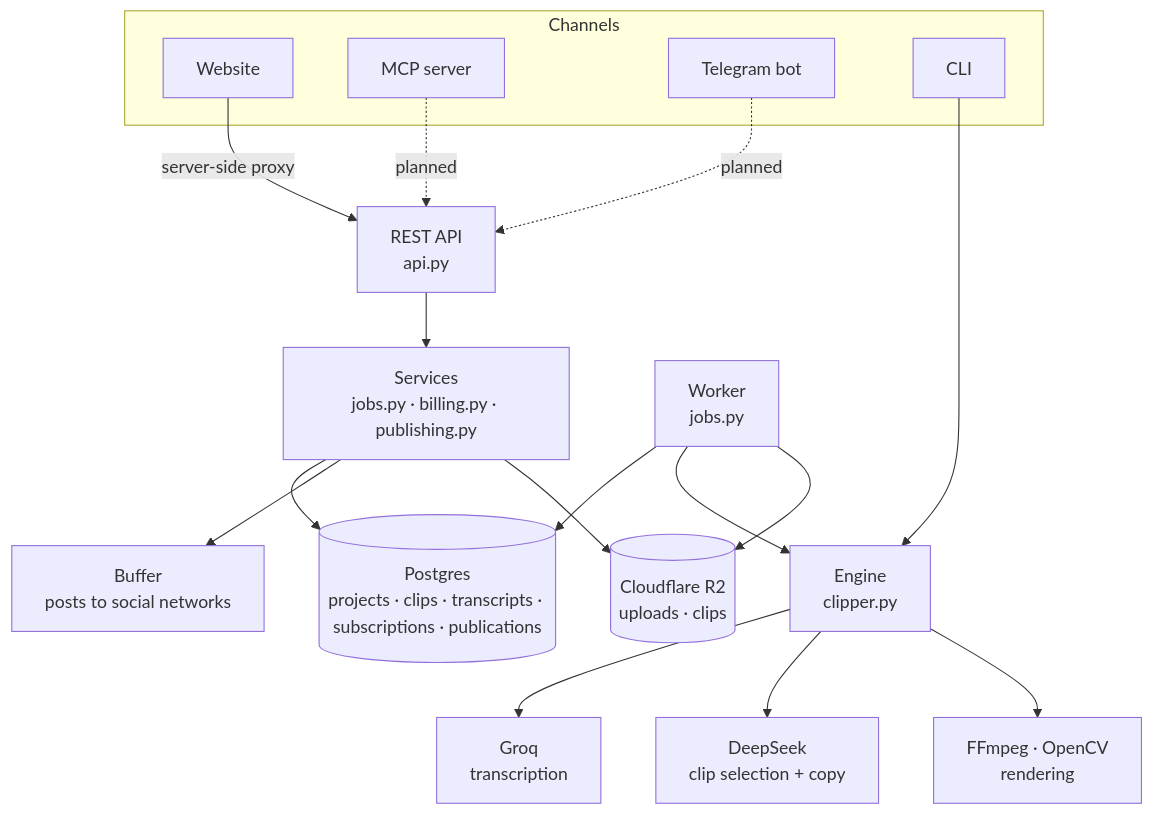
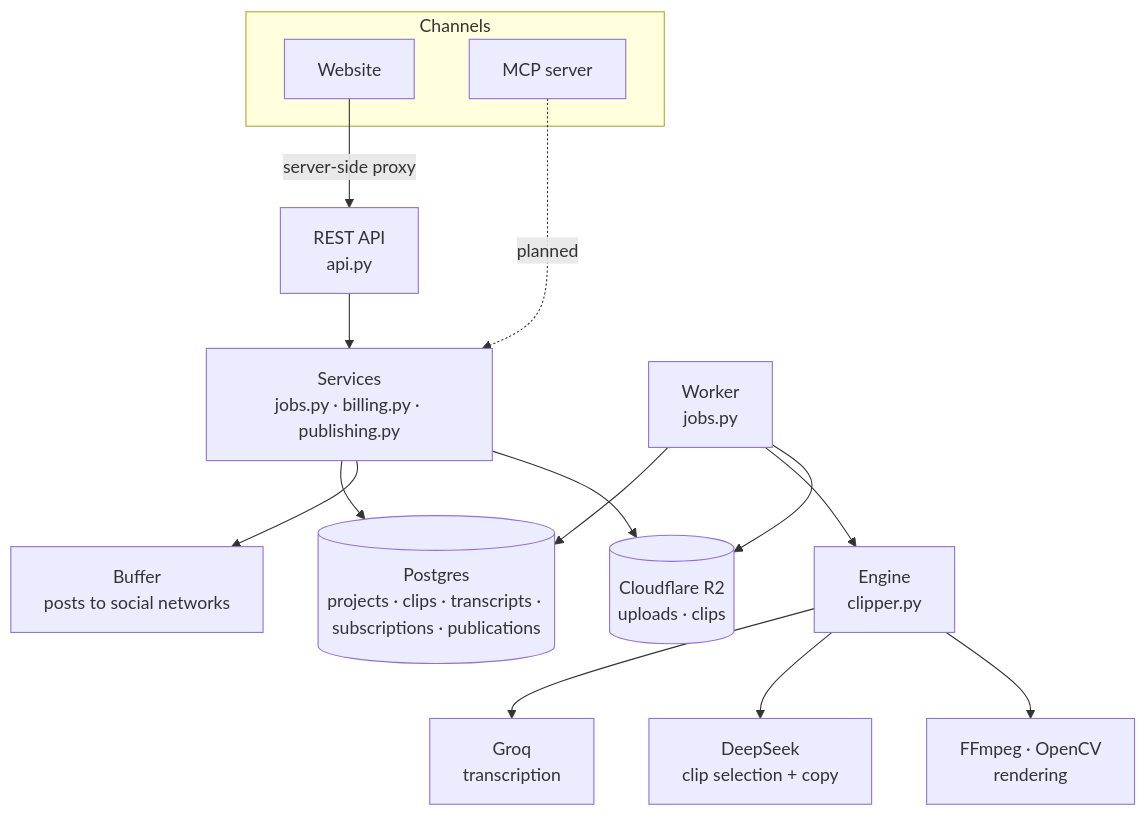
Before and after one commit to HasbiyallahuJafaru/ClipperAi: the second of 2 diagrams in README.md, drawn with Mermaid. The commit also changed other lines of this file and 18 other files, not shown here.

````diff
--- a/README.md
+++ b/README.md
@@ -99,23 +98,19 @@
 ```mermaid
 flowchart TB
     subgraph Channels
         W[Website]
         M[MCP server]
-        T[Telegram bot]
-        CLI[CLI]
     end
     W -->|server-side proxy| API
-    M -. planned .-> API
-    T -. planned .-> API
+    M -. planned .-> S
     API[REST API<br/>api.py] --> S[Services<br/>jobs.py · billing.py · publishing.py]
     S --> PG[(Postgres<br/>projects · clips · transcripts · subscriptions · publications)]
     S --> BUF[Buffer<br/>posts to social networks]
     WK[Worker<br/>jobs.py] --> PG
     WK --> ENG[Engine<br/>clipper.py]
-    CLI --> ENG
     ENG --> GQ[Groq<br/>transcription]
     ENG --> DS[DeepSeek<br/>clip selection + copy]
     ENG --> FF[FFmpeg · OpenCV<br/>rendering]
     WK --> R2[(Cloudflare R2<br/>uploads · clips)]
     S --> R2
 ```
````
